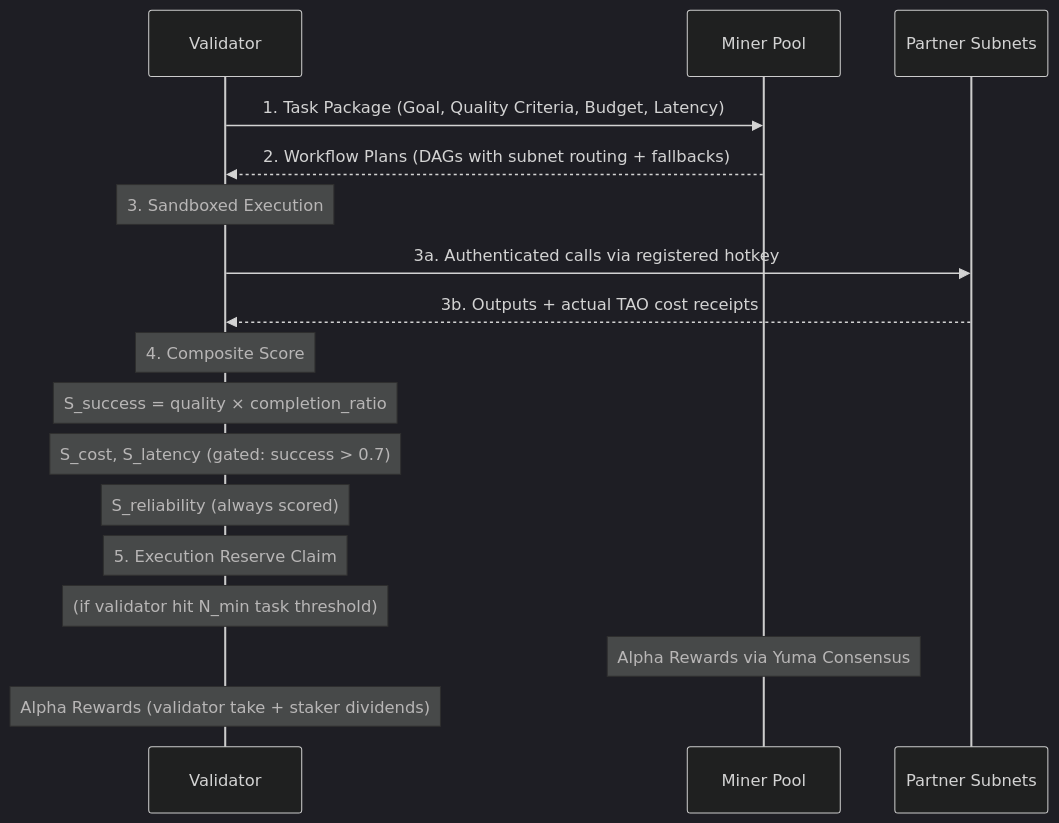
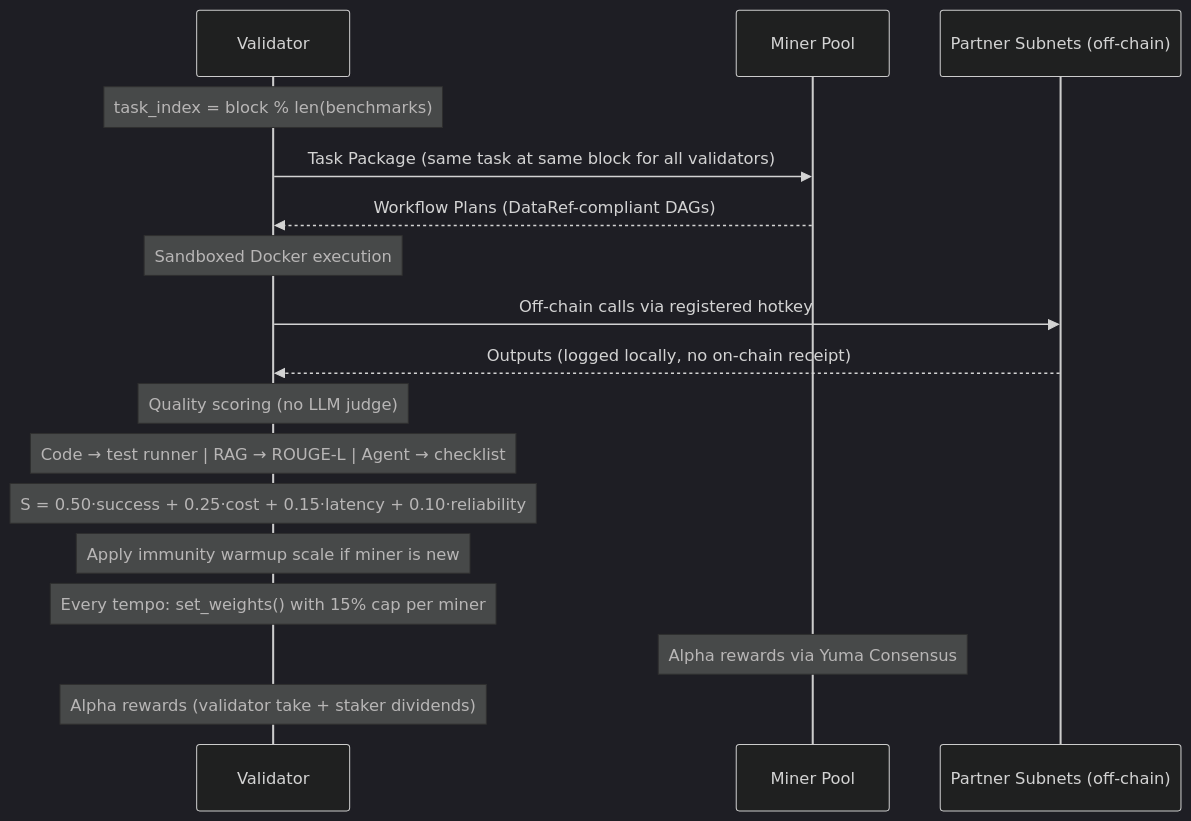
Before and after one commit to bloggeraditya5711/C-SWON: the third of 3 diagrams in readme.md, drawn with Mermaid (dark theme). The commit also changed other lines of this file, not shown here.

Commit message:
feat: update alpha emission and validator execution support details, clarify scoring, and remove exponential decay from score aggregation.

````diff
--- a/readme.md
+++ b/readme.md
@@ -392,24 +590,24 @@
 ```mermaid
 sequenceDiagram
     participant V as Validator
     participant M as Miner Pool
-    participant P as Partner Subnets
+    participant P as Partner Subnets (off-chain)
 
-    V->>M: 1. Task Package (Goal, Quality Criteria, Budget, Latency)
-    M-->>V: 2. Workflow Plans (DAGs with subnet routing + fallbacks)
+    Note over V: task_index = block % len(benchmarks)
+    V->>M: Task Package (same task at same block for all validators)
+    M-->>V: Workflow Plans (DataRef-compliant DAGs)
 
-    Note over V: 3. Sandboxed Execution
-    V->>P: 3a. Authenticated calls via registered hotkey
-    P-->>V: 3b. Outputs + actual TAO cost receipts
+    Note over V: Sandboxed Docker execution
+    V->>P: Off-chain calls via registered hotkey
+    P-->>V: Outputs (logged locally, no on-chain receipt)
 
-    Note over V: 4. Composite Score
-    Note over V: S_success = quality × completion_ratio
-    Note over V: S_cost, S_latency (gated: success > 0.7)
-    Note over V: S_reliability (always scored)
+    Note over V: Quality scoring (no LLM judge)
+    Note over V: Code → test runner | RAG → ROUGE-L | Agent → checklist
 
-    Note over V: 5. Execution Reserve Claim
-    Note over V: (if validator hit N_min task threshold)
+    Note over V: S = 0.50·success + 0.25·cost + 0.15·latency + 0.10·reliability
+    Note over V: Apply immunity warmup scale if miner is new
 
-    Note over M: Alpha Rewards via Yuma Consensus
-    Note over V: Alpha Rewards (validator take + staker dividends)
+    Note over V: Every tempo: set_weights() with 15% cap per miner
+    Note over M: Alpha rewards via Yuma Consensus
+    Note over V: Alpha rewards (validator take + staker dividends)
 ```
````
